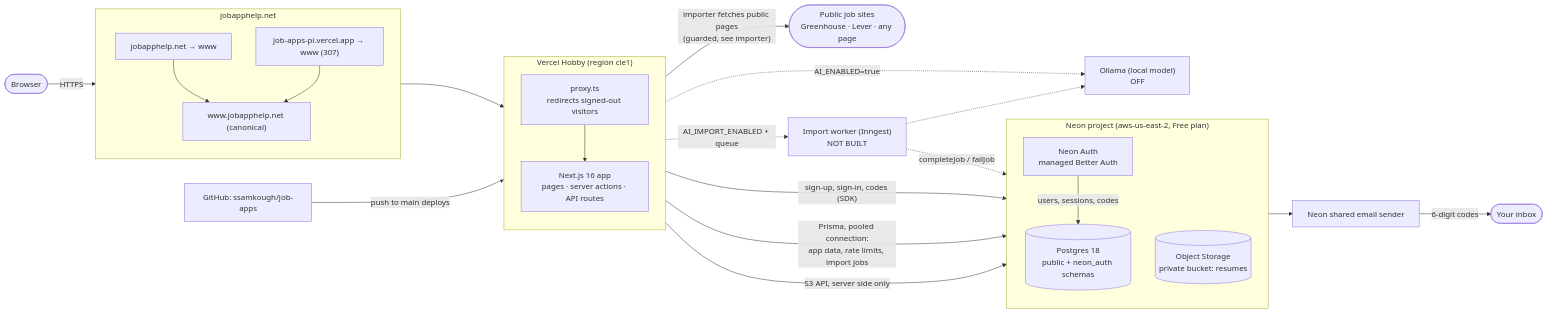
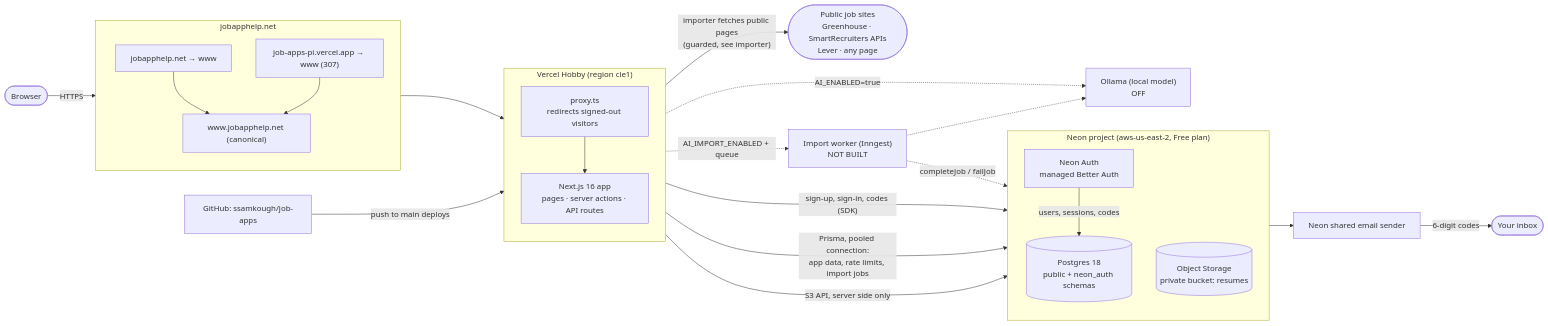
One commit to ssamkough/job-apps changed the first of 4 diagrams in docs/import-architecture.md. Above: the diagram before and after it, drawn with Mermaid. The commit also changed other lines of this file and 5 other files, not shown here.

First line of the commit message:
Importer: read Greenhouse and SmartRecruiters postings from their public APIs so company, title, location and a clean description come through without JSON-LD.

````diff
--- a/docs/import-architecture.md
+++ b/docs/import-architecture.md
@@ -17,48 +17,48 @@
 ```mermaid
 flowchart LR
     user(["Browser"])
     inbox(["Your inbox"])
-    boards(["Public job sites<br/>Greenhouse · Lever · any page"])
+    boards(["Public job sites<br/>Greenhouse · SmartRecruiters APIs<br/>Lever · any page"])
 
     subgraph dns["jobapphelp.net"]
         direction TB
         www["www.jobapphelp.net (canonical)"]
         apex["jobapphelp.net → www"]
         legacy["job-apps-pi.vercel.app → www (307)"]
     end
 
     subgraph vercel["Vercel Hobby (region cle1)"]
         direction TB
         proxy["proxy.ts<br/>redirects signed-out visitors"]
         app["Next.js 16 app<br/>pages · server actions · API routes"]
         proxy --> app
     end
 
     subgraph neon["Neon project (aws-us-east-2, Free plan)"]
         direction TB
         auth["Neon Auth<br/>managed Better Auth"]
         pg[("Postgres 18<br/>public + neon_auth schemas")]
         s3[("Object Storage<br/>private bucket: resumes")]
         auth -- "users, sessions, codes" --> pg
     end
 
     mail["Neon shared email sender"]
     gh["GitHub: ssamkough/job-apps"]
     ollama["Ollama (local model)<br/>OFF"]
     worker["Import worker (Inngest)<br/>NOT BUILT"]
 
     user -- "HTTPS" --> www
     apex --> www
     legacy --> www
     www --> proxy
     app -- "sign-up, sign-in, codes (SDK)" --> auth
     app -- "Prisma, pooled connection:<br/>app data, rate limits, import jobs" --> pg
     app -- "S3 API, server side only" --> s3
     app -- "importer fetches public pages<br/>(guarded, see importer)" --> boards
     app -. "AI_ENABLED=true" .-> ollama
     app -. "AI_IMPORT_ENABLED + queue" .-> worker
     worker -.-> ollama
     worker -. "completeJob / failJob" .-> pg
     auth --> mail -- "6-digit codes" --> inbox
     gh -- "push to main deploys" --> vercel
 ```
````
